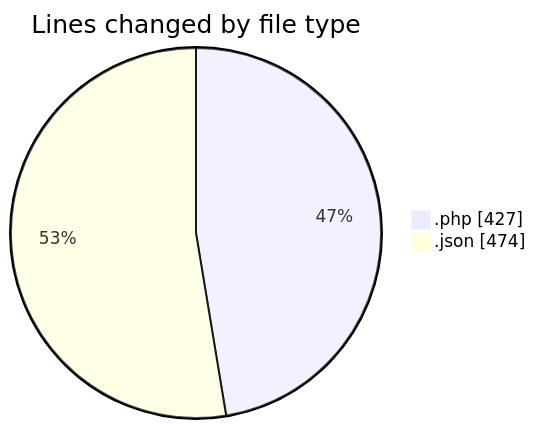
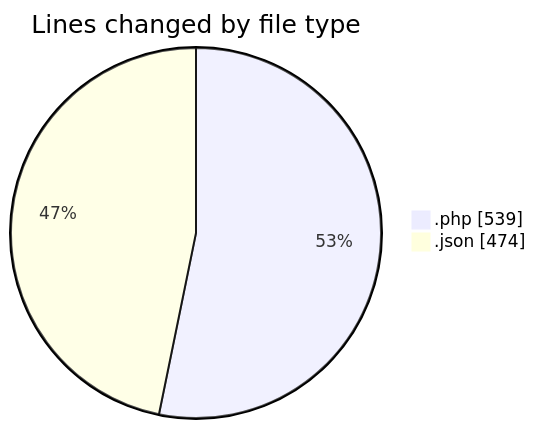
One commit to idhammustaqopulfikri/code-tracking changed the first of 2 diagrams in 2025-05-16/booking/README.md. Above: the diagram before and after it, drawn with Mermaid. The commit also changed other lines of this file and 1 other file, not shown here.

````diff
--- a/2025-05-16/booking/README.md
+++ b/2025-05-16/booking/README.md
@@ -32,6 +32,6 @@
 ```mermaid
 pie showData
 title Lines changed by file type
-".php" : 427
+".php" : 539
 ".json" : 474
 ```
````
